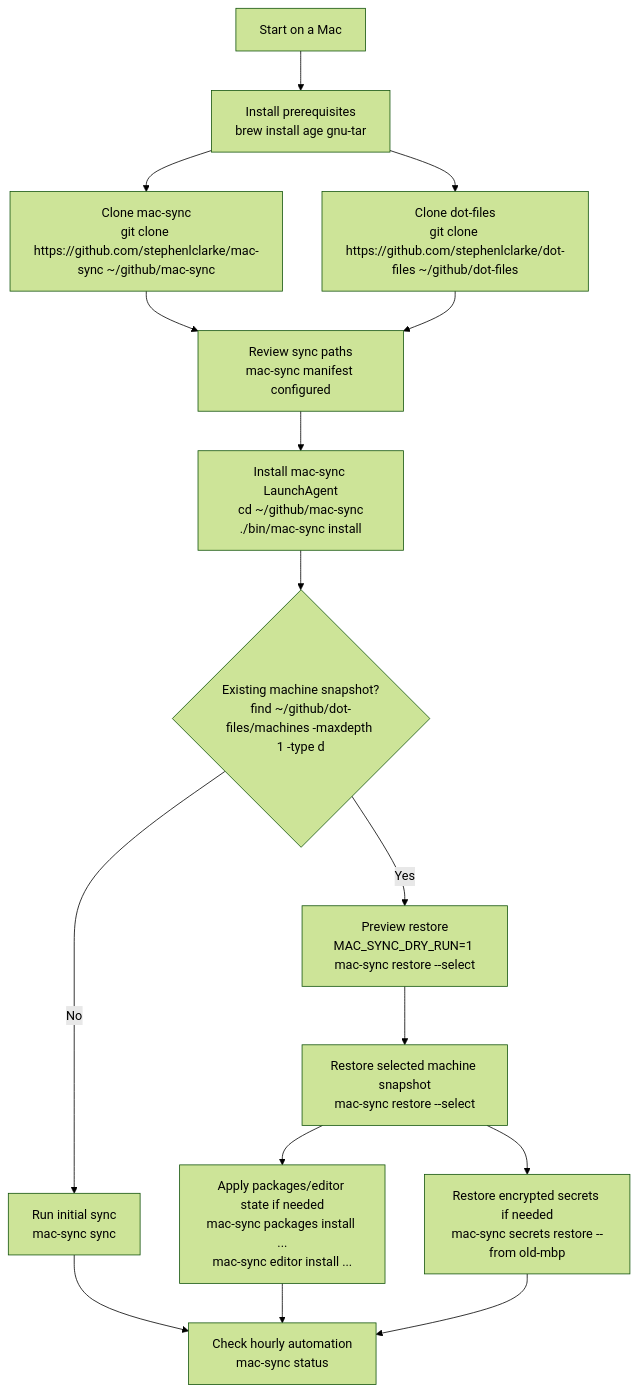
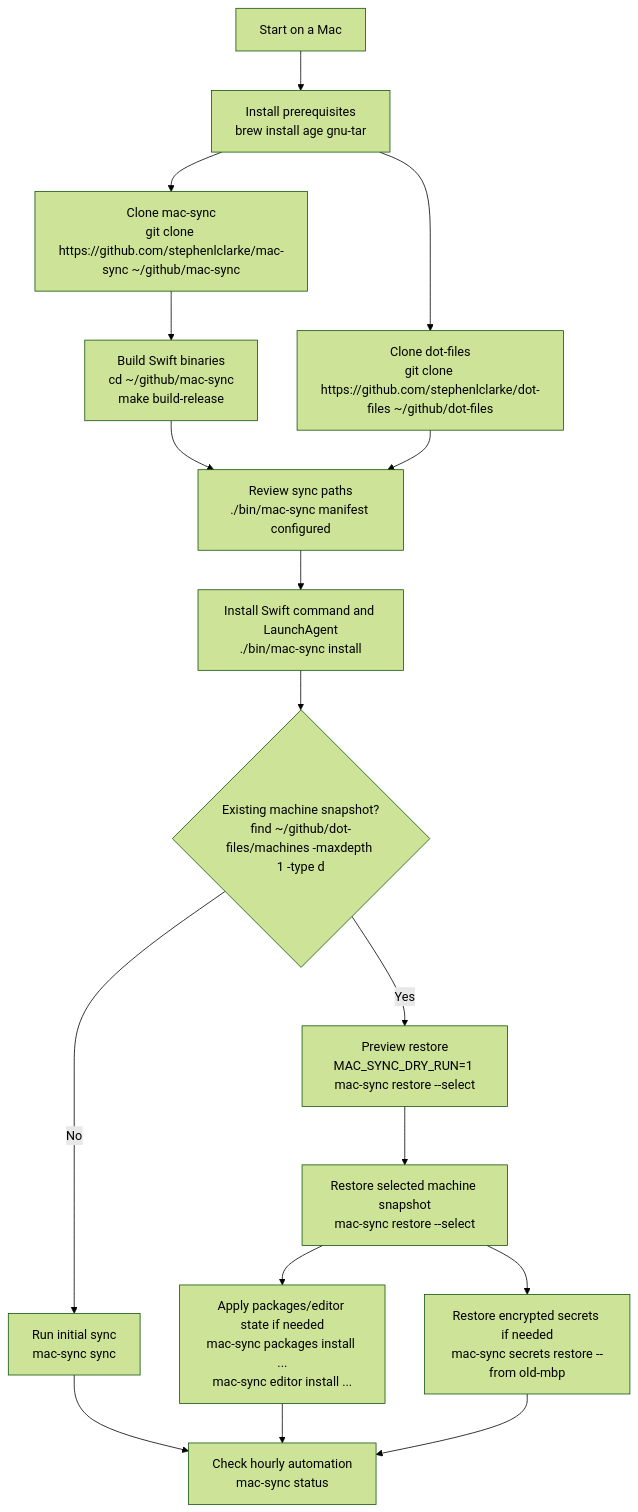
One commit to stephenlclarke/mac-sync changed the first of 4 diagrams in WORKFLOW.md. Above: the diagram before and after it, drawn with Mermaid (forest theme). The commit also changed other lines of this file and 28 other files, not shown here.

Commit message:
feat: rewrite mac-sync in Swift

````diff
--- a/WORKFLOW.md
+++ b/WORKFLOW.md
@@ -17,18 +22,19 @@
 ```mermaid
 flowchart TD
   A["Start on a Mac"] --> B["Install prerequisites<br/>brew install age gnu-tar"]
   B --> C["Clone mac-sync<br/>git clone https://github.com/stephenlclarke/mac-sync ~/github/mac-sync"]
   B --> D["Clone dot-files<br/>git clone https://github.com/stephenlclarke/dot-files ~/github/dot-files"]
-  C --> E["Review sync paths<br/>mac-sync manifest configured"]
+  C --> S["Build Swift binaries<br/>cd ~/github/mac-sync<br/>make build-release"]
+  S --> E["Review sync paths<br/>./bin/mac-sync manifest configured"]
   D --> E
-  E --> F["Install mac-sync LaunchAgent<br/>cd ~/github/mac-sync<br/>./bin/mac-sync install"]
+  E --> F["Install Swift command and LaunchAgent<br/>./bin/mac-sync install"]
   F --> G{"Existing machine snapshot?<br/>find ~/github/dot-files/machines -maxdepth 1 -type d"}
   G -- "No" --> H["Run initial sync<br/>mac-sync sync"]
   G -- "Yes" --> I["Preview restore<br/>MAC_SYNC_DRY_RUN=1 mac-sync restore --select"]
   I --> J["Restore selected machine snapshot<br/>mac-sync restore --select"]
   J --> K["Apply packages/editor state if needed<br/>mac-sync packages install ...<br/>mac-sync editor install ..."]
   J --> L["Restore encrypted secrets if needed<br/>mac-sync secrets restore --from old-mbp"]
   H --> M["Check hourly automation<br/>mac-sync status"]
   K --> M
   L --> M
 ```
````
